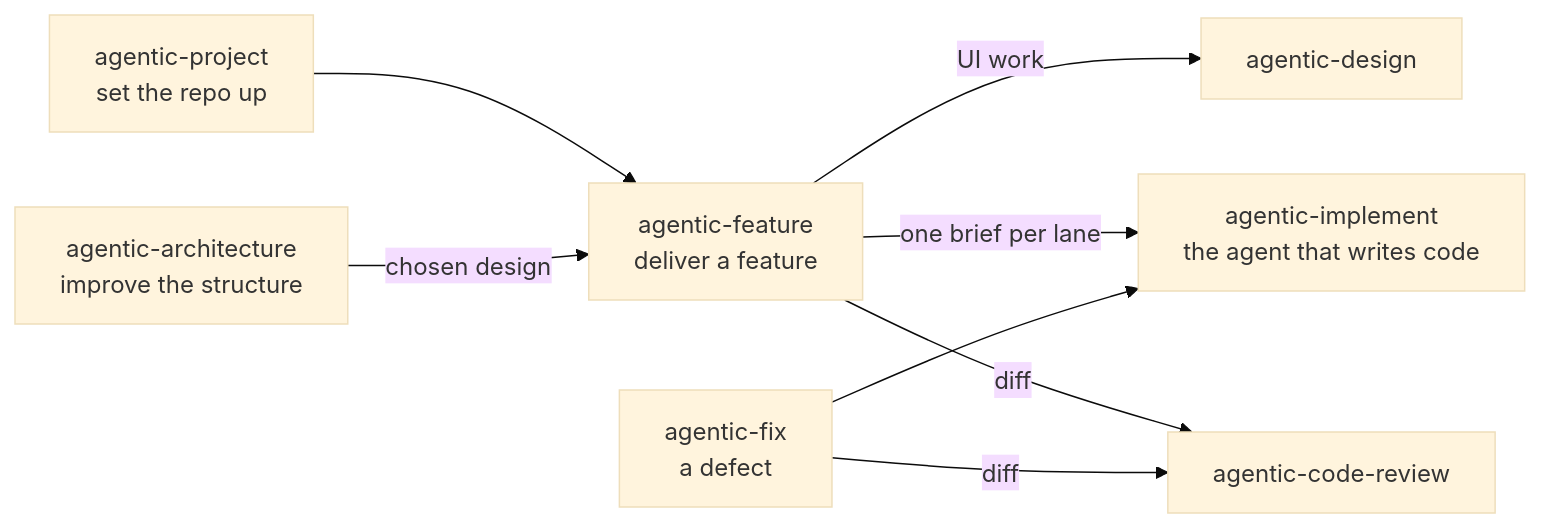
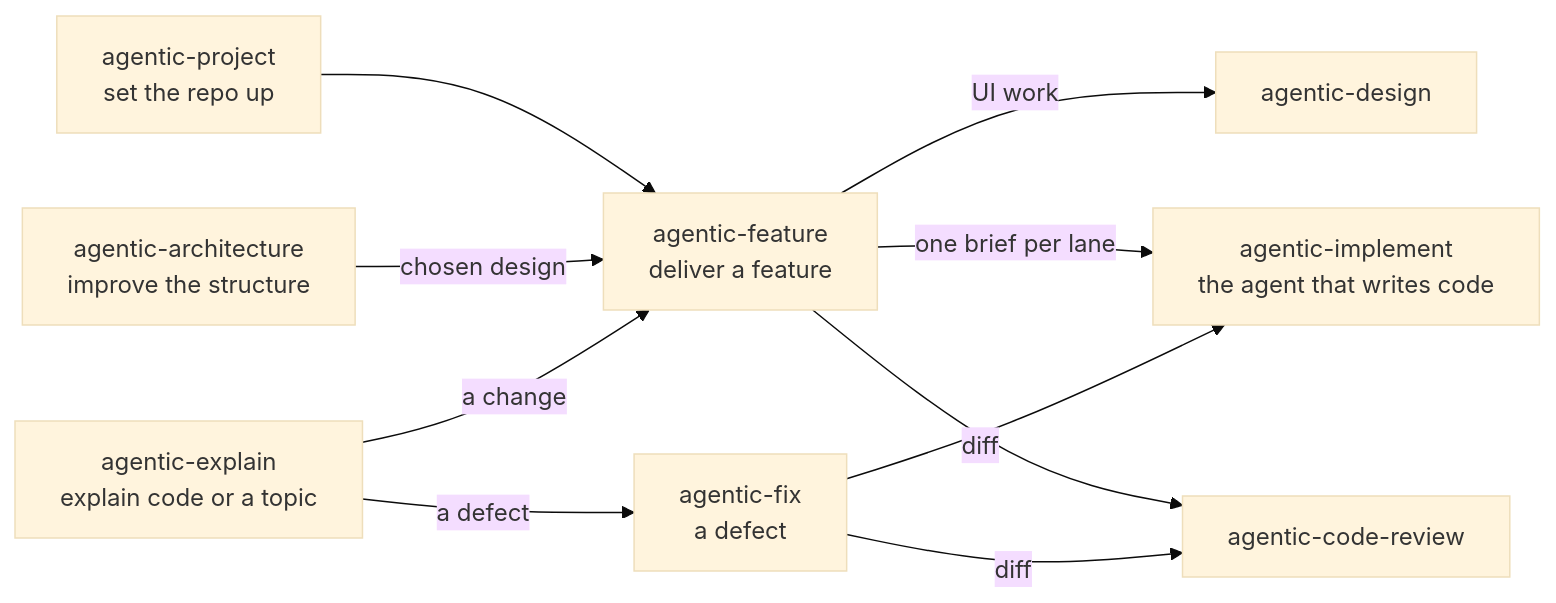
The diagram in README.md (ricardostm2-afk/agentic-engineering-skills), drawn with Mermaid (base theme) before and after one commit. The commit also changed other lines of this file and 23 other files, not shown here.

First line of the commit message:
feat: agentic-explain, a skill que explica código ou qualquer tema ao nível de quem pergunta

```diff
--- a/README.md
+++ b/README.md
@@ -43,10 +44,12 @@
 ~~~mermaid
 flowchart LR
   P[agentic-project<br/>set the repo up] --> F[agentic-feature<br/>deliver a feature]
   A[agentic-architecture<br/>improve the structure] -->|chosen design| F
   F -->|UI work| D[agentic-design]
   F -->|one brief per lane| I[agentic-implement<br/>the agent that writes code]
   X[agentic-fix<br/>a defect] --> I
+  E[agentic-explain<br/>explain code or a topic] -->|a defect| X
+  E -->|a change| F
   F -->|diff| R[agentic-code-review]
   X -->|diff| R
 ~~~
```
